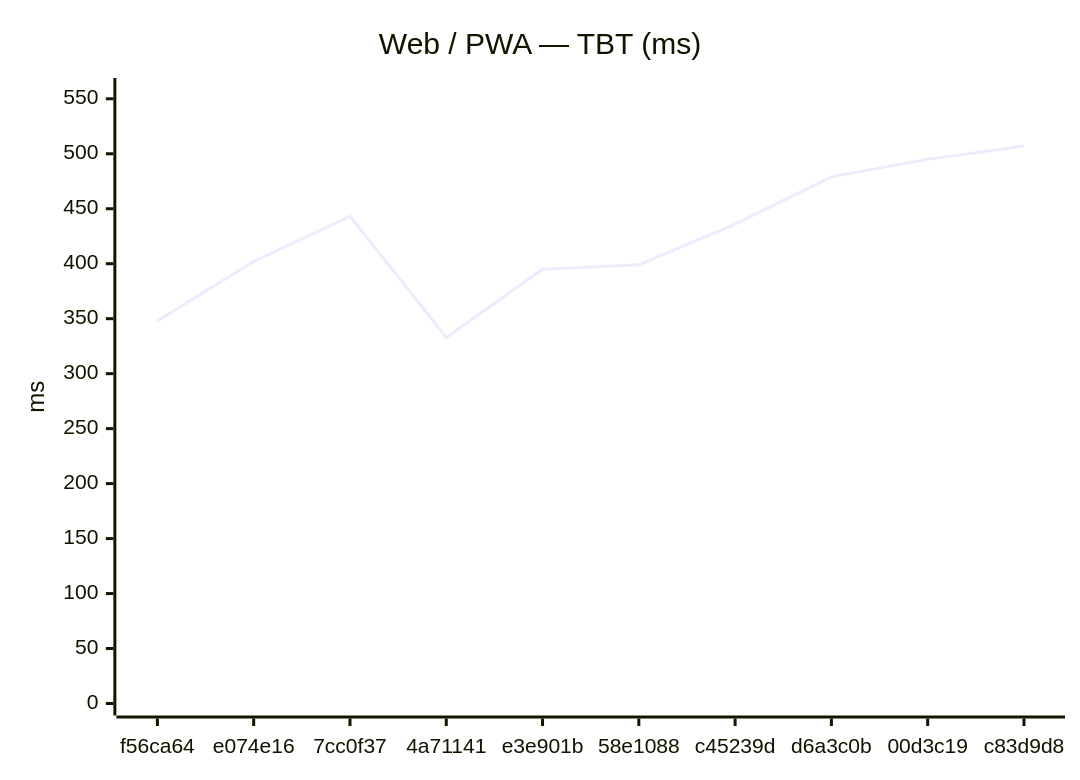
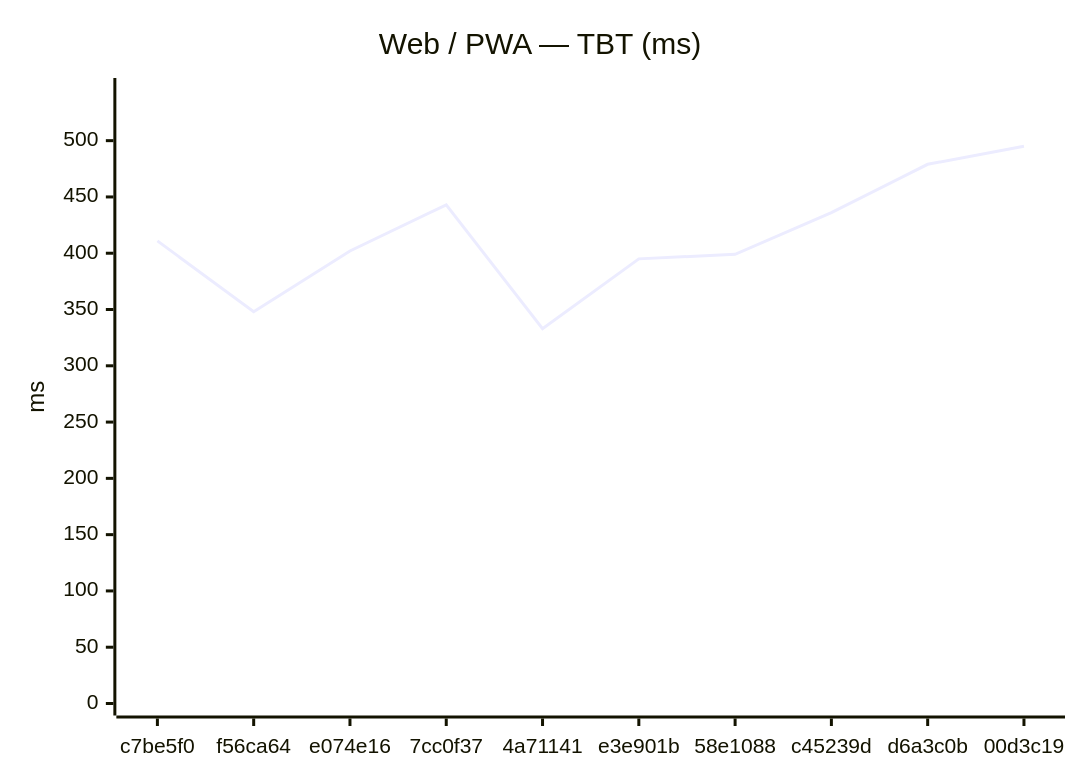
Before and after one commit to Metaheurist/Rianell: the second of 18 diagrams in benchmarks/compare.md, drawn with Mermaid. The commit also changed other lines of this file and 11 other files, not shown here.

````diff
--- a/benchmarks/compare.md
+++ b/benchmarks/compare.md
@@ -31,7 +31,7 @@
 ```mermaid
 xychart-beta
     title "Web / PWA — TBT (ms)"
-    x-axis ["f56ca64", "e074e16", "7cc0f37", "4a71141", "e3e901b", "58e1088", "c45239d", "d6a3c0b", "00d3c19", "c83d9d8"]
-    y-axis "ms" 0 --> 558
-    line [348, 402, 443, 333, 395, 399, 436, 479, 495, 507]
+    x-axis ["c7be5f0", "f56ca64", "e074e16", "7cc0f37", "4a71141", "e3e901b", "58e1088", "c45239d", "d6a3c0b", "00d3c19"]
+    y-axis "ms" 0 --> 545
+    line [411, 348, 402, 443, 333, 395, 399, 436, 479, 495]
 ```
````
